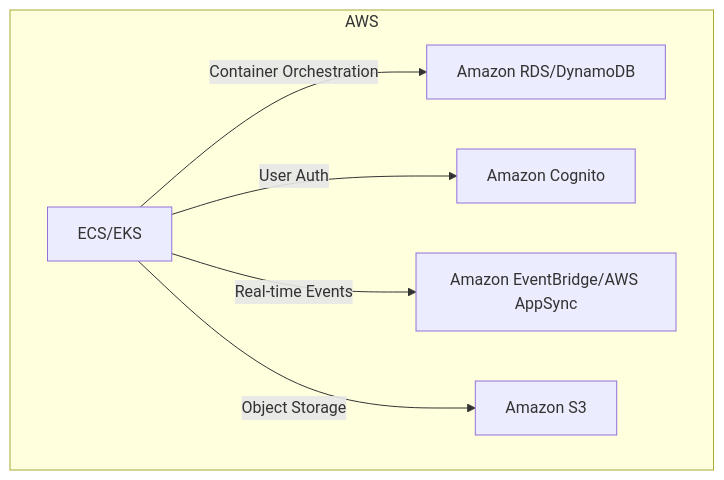
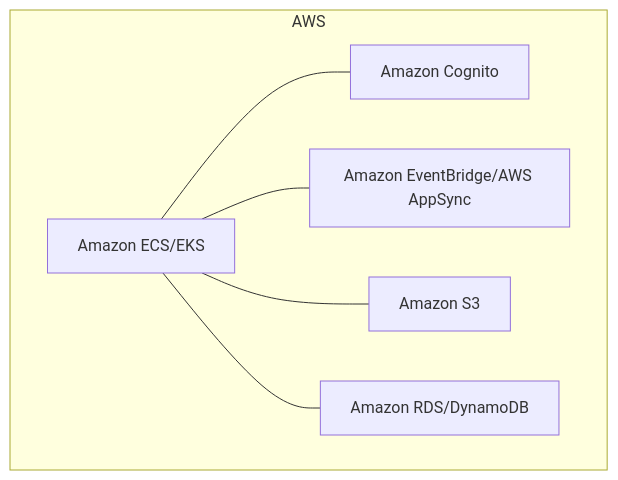
One commit to deploypilotorg/deploypilot changed the diagram in temp/diagram.mmd. Above: the diagram before and after it, drawn with Mermaid. The commit also changed 3 other files, not shown here.

Commit message:
working diagram

```diff
--- a/temp/diagram.mmd
+++ b/temp/diagram.mmd
@@ -1,7 +1,7 @@
 graph TD;
     subgraph "AWS"
-        A[ECS/EKS] -->|Container Orchestration| B[Amazon RDS/DynamoDB]
-        A -->|User Auth| C[Amazon Cognito]
-        A -->|Real-time Events| D[Amazon EventBridge/AWS AppSync]
-        A -->|Object Storage| E[Amazon S3]
+        A[Amazon ECS/EKS] --- B[Amazon Cognito]
+        A --- C[Amazon EventBridge/AWS AppSync]
+        A --- D[Amazon S3]
+        A --- E[Amazon RDS/DynamoDB]
     end
```
